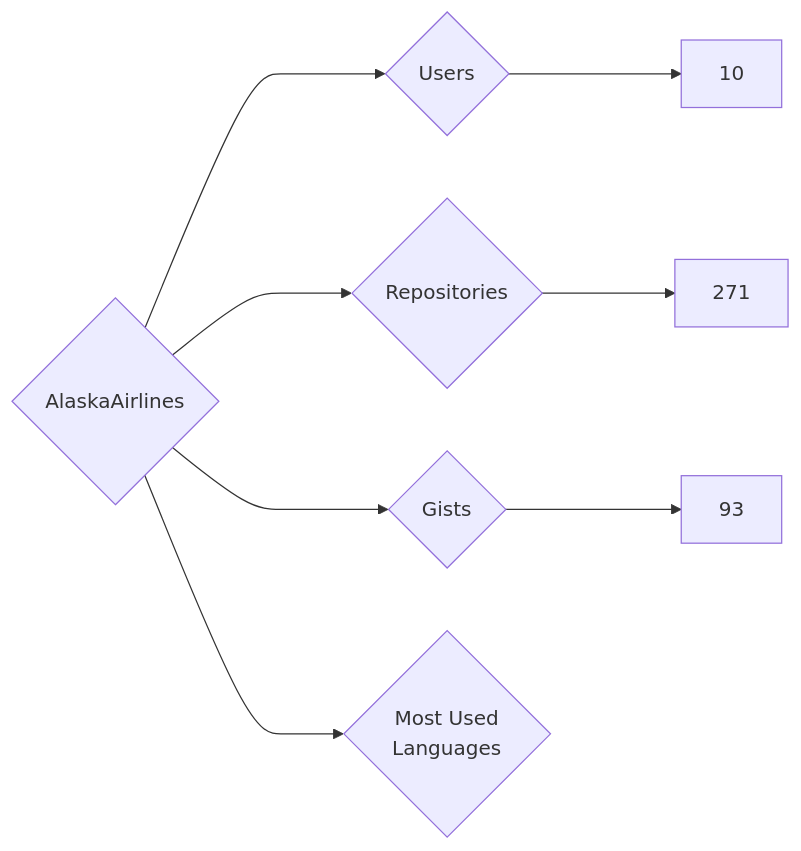
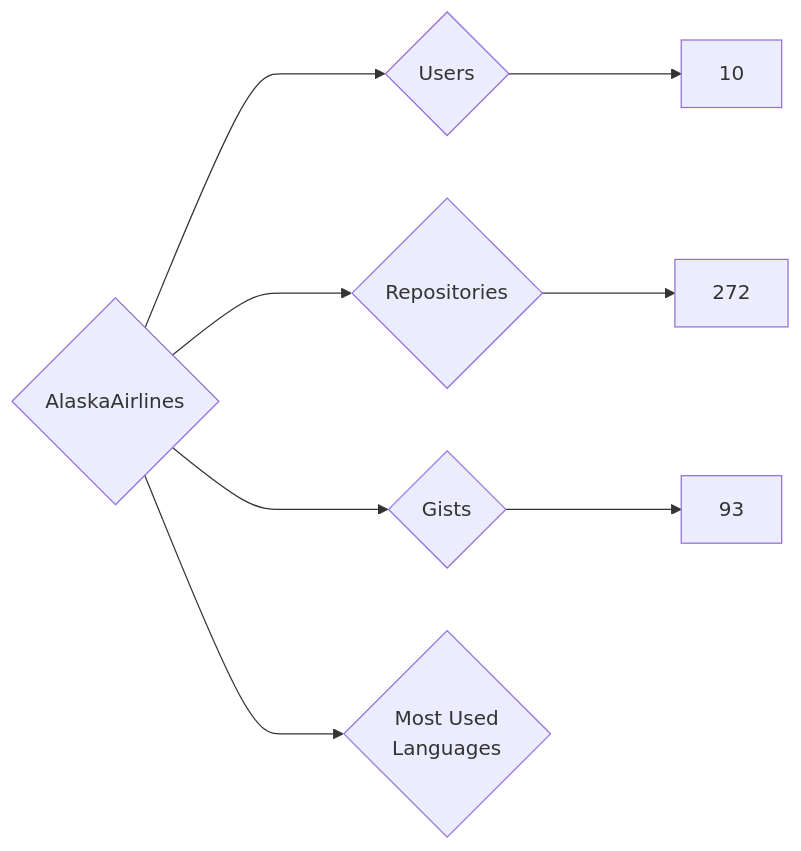
The diagram in targets/AlaskaAirlines/README.md (nenadzaric/insiders), drawn with Mermaid before and after one commit. The commit also changed 8 other files, not shown here.

````diff
--- a/targets/AlaskaAirlines/README.md
+++ b/targets/AlaskaAirlines/README.md
@@ -3,8 +3,8 @@
 ```mermaid
 graph LR
 COMPANY_NAME{AlaskaAirlines}
 COMPANY_NAME ---> U{Users} ---> UN[10]
-COMPANY_NAME ---> R{Repositories} ---> RN[271]
+COMPANY_NAME ---> R{Repositories} ---> RN[272]
 COMPANY_NAME ---> G{Gists} ---> GN[93]
 COMPANY_NAME ---> ML{Most Used<br>Languages}
 ```
````
